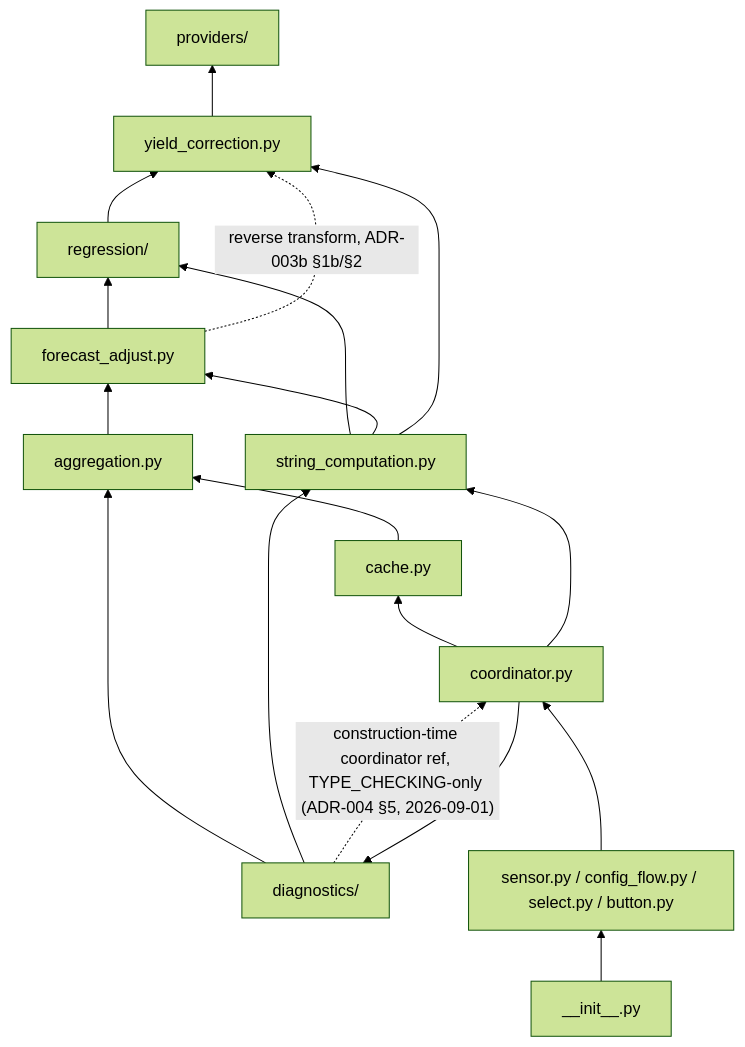
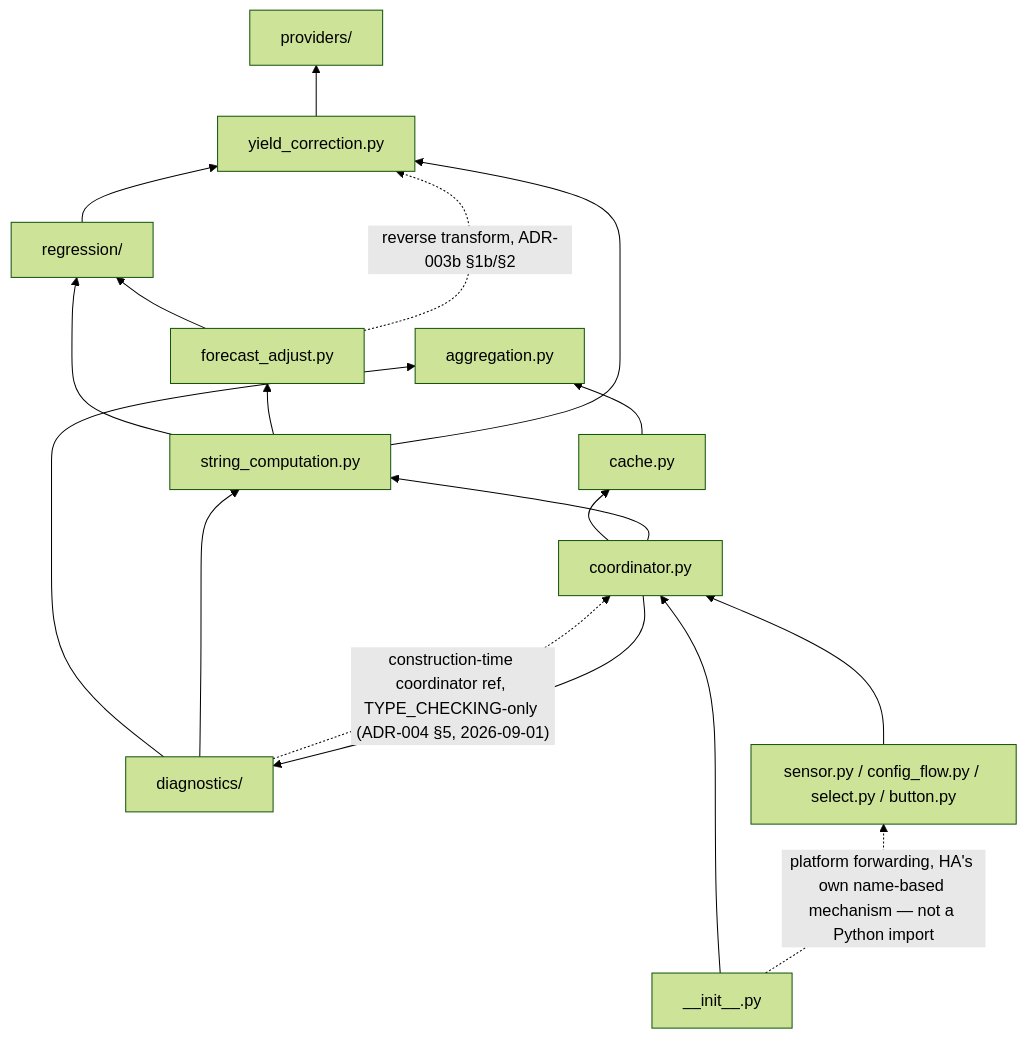
Before and after one commit to eschnepel/shady: the diagram in adr/000-coding-standards.md, drawn with Mermaid (forest theme). The commit also changed other lines of this file and 7 other files, not shown here.

````diff
--- a/adr/000-coding-standards.md
+++ b/adr/000-coding-standards.md
@@ -190,32 +206,32 @@
 ```mermaid
 flowchart BT
     providers["providers/"]
     yield_correction["yield_correction.py"]
     regression["regression/"]
     forecast_adjust["forecast_adjust.py"]
     string_computation["string_computation.py"]
     aggregation["aggregation.py"]
     diagnostics["diagnostics/"]
     cache["cache.py"]
     coordinator["coordinator.py"]
     entity_glue["sensor.py / config_flow.py / select.py / button.py"]
     init["__init__.py"]
 
     yield_correction --> providers
     regression --> yield_correction
     forecast_adjust --> regression
     string_computation --> regression
     string_computation --> forecast_adjust
     string_computation --> yield_correction
-    aggregation --> forecast_adjust
     diagnostics --> aggregation
     diagnostics --> string_computation
     cache --> aggregation
     coordinator --> cache
     coordinator --> string_computation
     coordinator --> diagnostics
     entity_glue --> coordinator
-    init --> entity_glue
+    init --> coordinator
     forecast_adjust -.->|"reverse transform, ADR-003b §1b/§2"| yield_correction
     diagnostics -.->|"construction-time coordinator ref, TYPE_CHECKING-only (ADR-004 §5, 2026-09-01)"| coordinator
+    init -.->|"platform forwarding, HA's own name-based mechanism — not a Python import"| entity_glue
 ```
````
